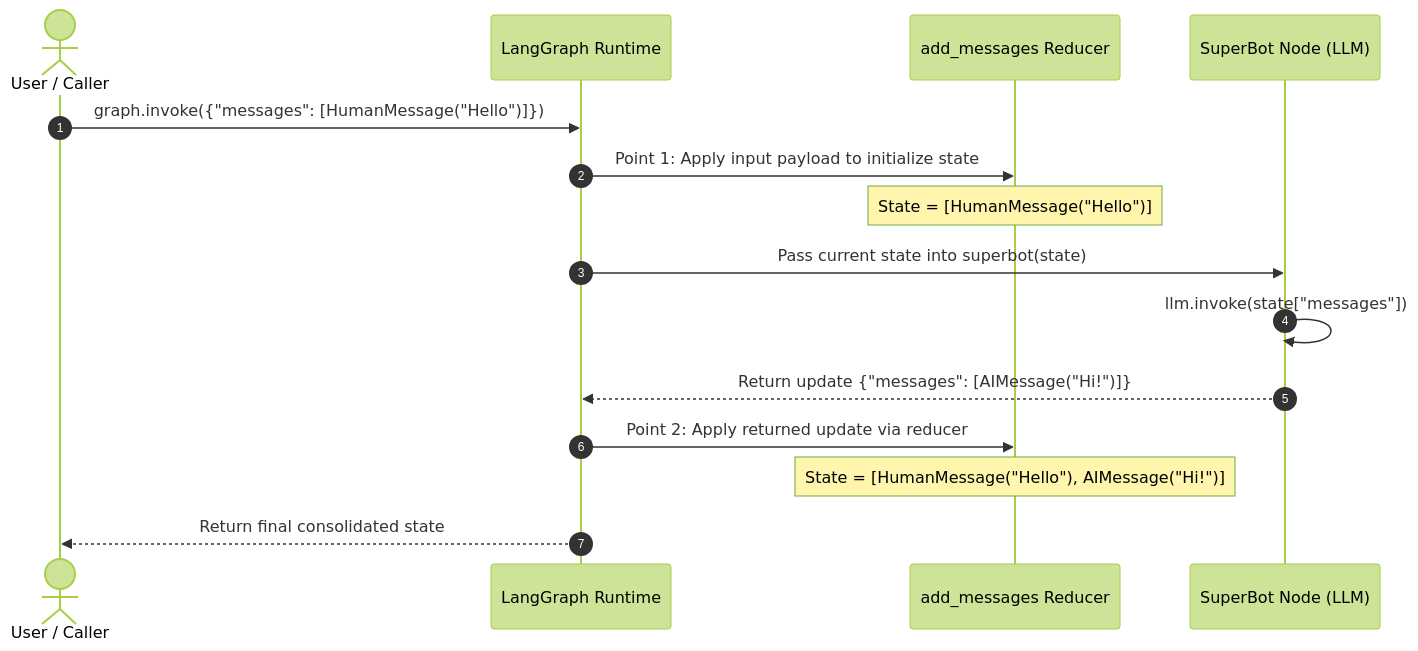
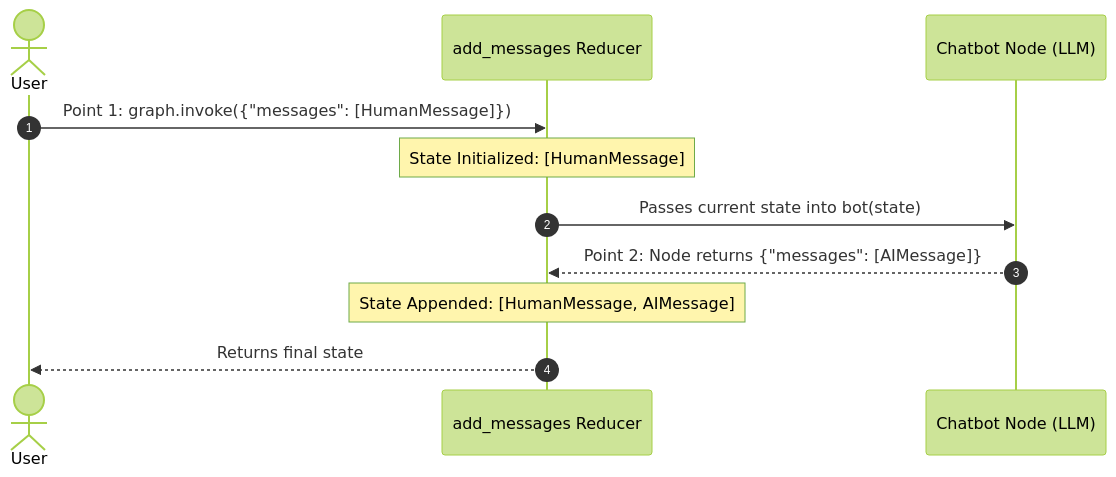
One commit to Shivanshvyas1729/Krish_naik_rag_notes2 changed the second of 3 diagrams in notes.md. Above: the diagram before and after it, drawn with Mermaid (forest theme). The commit also changed other lines of this file and 2 other files, not shown here.

````diff
--- a/notes.md
+++ b/notes.md
@@ -217,18 +186,14 @@
 ```mermaid
 sequenceDiagram
     autonumber
-    actor User as User / Caller
-    participant LG as LangGraph Runtime
+    actor User as User
     participant Reducer as add_messages Reducer
-    participant Node as SuperBot Node (LLM)
+    participant Node as Chatbot Node (LLM)
 
-    User->>LG: graph.invoke({"messages": [HumanMessage("Hello")]})
-    LG->>Reducer: Point 1: Apply input payload to initialize state
-    Note over Reducer: State = [HumanMessage("Hello")]
-    LG->>Node: Pass current state into superbot(state)
-    Node->>Node: llm.invoke(state["messages"])
-    Node-->>LG: Return update {"messages": [AIMessage("Hi!")]}
-    LG->>Reducer: Point 2: Apply returned update via reducer
-    Note over Reducer: State = [HumanMessage("Hello"), AIMessage("Hi!")]
-    LG-->>User: Return final consolidated state
+    User->>Reducer: Point 1: graph.invoke({"messages": [HumanMessage]})
+    Note over Reducer: State Initialized: [HumanMessage]
+    Reducer->>Node: Passes current state into bot(state)
+    Node-->>Reducer: Point 2: Node returns {"messages": [AIMessage]}
+    Note over Reducer: State Appended: [HumanMessage, AIMessage]
+    Reducer-->>User: Returns final state
 ```
````
